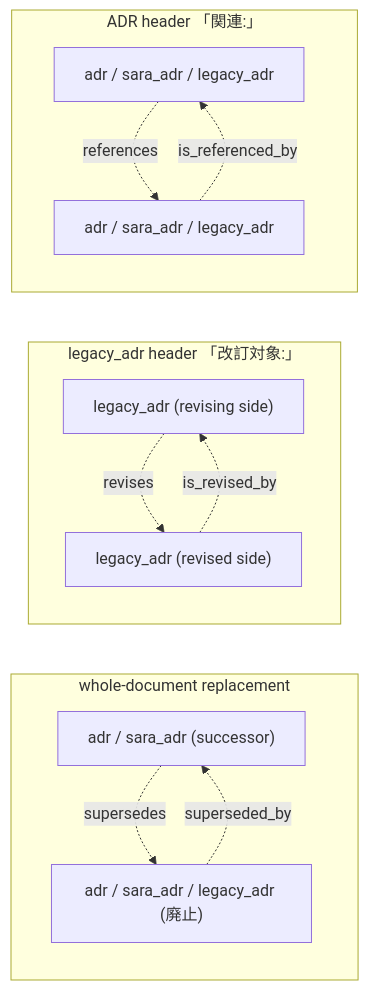
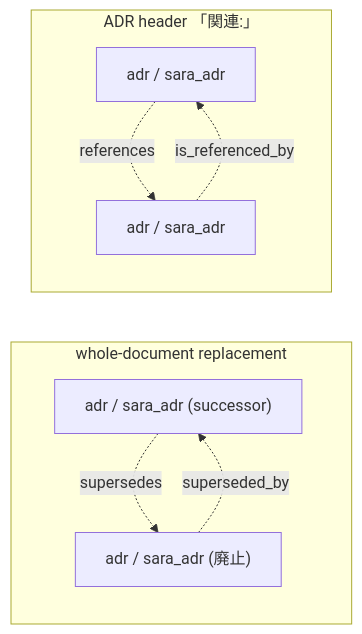
One commit to yasunori0418/layat changed the second of 2 diagrams in docs/agents/sara-graph.md. Above: the diagram before and after it, drawn with Mermaid. The commit also changed other lines of this file and 7 other files, not shown here.

Commit message:
docs: legacy_adr の記述を README・CLAUDE.md・agents 文書・スキルから外す

````diff
--- a/docs/agents/sara-graph.md
+++ b/docs/agents/sara-graph.md
@@ -59,15 +59,11 @@
 ```mermaid
 flowchart LR
     subgraph sup["whole-document replacement"]
-        A["adr / sara_adr (successor)"] -.->|supersedes| B["adr / sara_adr / legacy_adr (廃止)"]
+        A["adr / sara_adr (successor)"] -.->|supersedes| B["adr / sara_adr (廃止)"]
         B -.->|superseded_by| A
     end
-    subgraph rev["legacy_adr header 「改訂対象:」"]
-        E["legacy_adr (revising side)"] -.->|revises| F["legacy_adr (revised side)"]
-        F -.->|is_revised_by| E
-    end
     subgraph ref["ADR header 「関連:」"]
-        C["adr / sara_adr / legacy_adr"] -.->|references| D["adr / sara_adr / legacy_adr"]
+        C["adr / sara_adr"] -.->|references| D["adr / sara_adr"]
         D -.->|is_referenced_by| C
     end
 ```
````
